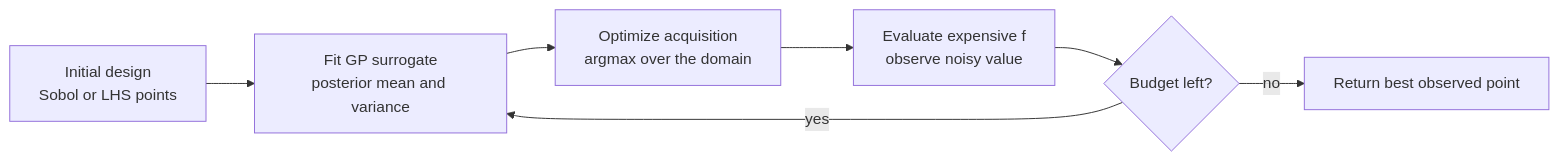
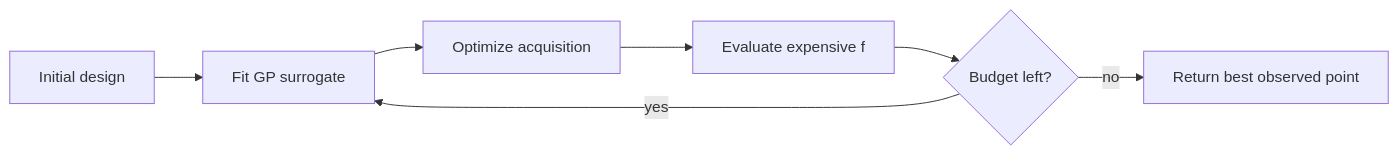
One commit to mikenguyen13/ai_in_action changed the first of 2 diagrams in 116-bayesian-optimization.qmd. Above: the diagram before and after it, drawn with Mermaid. The commit also changed other lines of this file and 52 other files, not shown here.

Commit message:
Fix Mermaid rendering in 22 chapters: remove ampersands and br tags from node labels, move detail to tables

````diff
--- a/116-bayesian-optimization.qmd
+++ b/116-bayesian-optimization.qmd
@@ -33,9 +33,9 @@
 ```{mermaid}
 flowchart LR
-    A[Initial design<br/>Sobol or LHS points] --> B[Fit GP surrogate<br/>posterior mean and variance]
-    B --> C[Optimize acquisition<br/>argmax over the domain]
-    C --> D[Evaluate expensive f<br/>observe noisy value]
-    D --> E{Budget left?}
+    A["Initial design"] --> B["Fit GP surrogate"]
+    B --> C["Optimize acquisition"]
+    C --> D["Evaluate expensive f"]
+    D --> E{"Budget left?"}
     E -->|yes| B
-    E -->|no| F[Return best observed point]
+    E -->|no| F["Return best observed point"]
 ```
````
